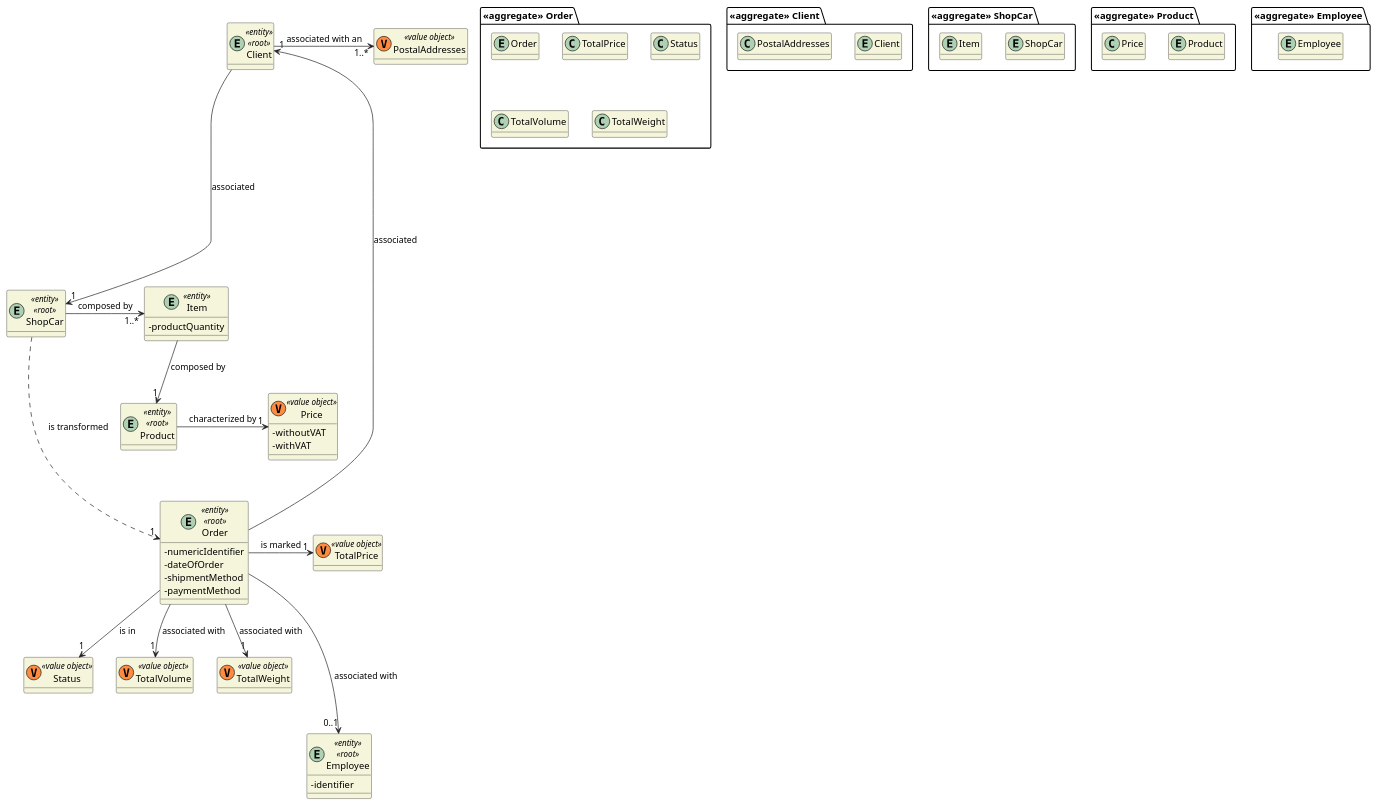
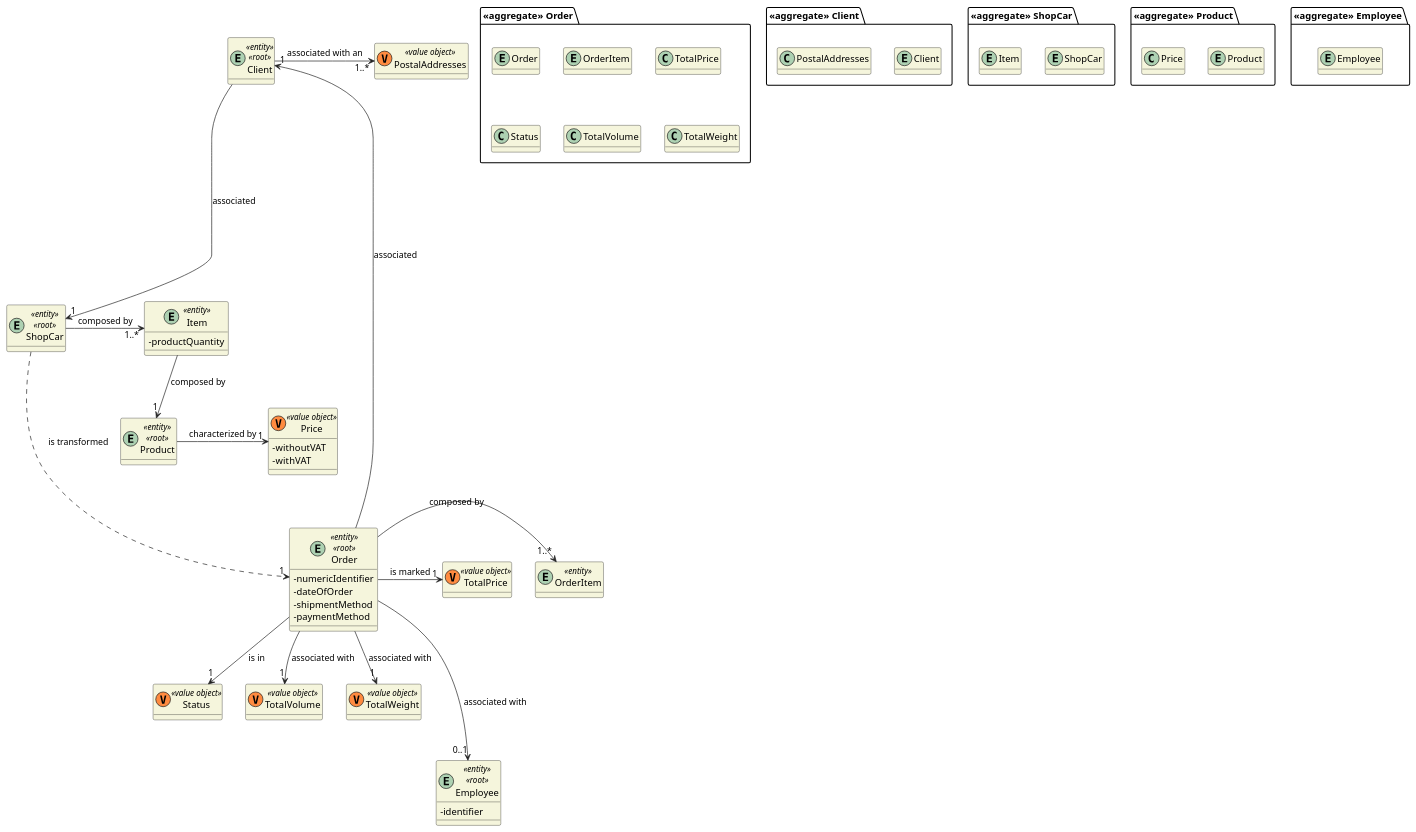
One commit to 0franciscor/lei21_22_s4_2de_01 changed the diagram in docs/DM/DM_Orders.puml. Above: the diagram before and after it, drawn with PlantUML. The commit also changed 4 other files, not shown here.

```diff
--- a/docs/DM/DM_Orders.puml
+++ b/docs/DM/DM_Orders.puml
@@ -1,92 +1,98 @@
 @startuml
 'https://plantuml.com/class-diagram
 
 skinparam classAttributeIconSize 0
 hide empty attributes
 skinparam classBackgroundColor beige
 skinparam ArrowColor #222222
 
 package "<<aggregate>> Order"{
     entity Order
+    entity OrderItem
     class TotalPrice
     class Status
     class TotalVolume
     class TotalWeight
 }
 
 entity Order <<entity>> <<root>> {
 - numericIdentifier
 - dateOfOrder
 - shipmentMethod
 - paymentMethod
+
+}
+
+entity OrderItem <<entity>> {
 
 }
 
 class TotalPrice <<(V,#FF8B40) value object>> {}
 class Status <<(V,#FF8B40) value object>> {}
 class TotalVolume <<(V,#FF8B40) value object>> {}
 class TotalWeight <<(V,#FF8B40) value object>> {}
 
 package "<<aggregate>> Client" {
     entity Client
     class PostalAddresses
 }
 
 entity Client <<entity>> <<root>> {
 
 }
 class PostalAddresses <<(V,#FF8B40) value object>> {}
 
 entity Client <<entity>> <<root>> {
 
 }
 package "<<aggregate>> ShopCar"{
     entity ShopCar
     entity Item
 }
 
 entity ShopCar <<entity>> <<root>>{
 
 }
 entity Item <<entity>> {
     -productQuantity
 
 }
 package "<<aggregate>> Product"{
      entity Product
      class Price
 
 }
 
 entity Product <<entity>> <<root>> {
 
 }
 
 class Price <<(V,#FF8B40) value object>> {
     - withoutVAT
     - withVAT
     }
 
 package "<<aggregate>> Employee" {
     entity Employee
 }
 
 entity Employee <<entity>> <<root>> {
     -identifier
 }
 
 Client -----> "1" ShopCar : associated
 Order ----> "1" Client : associated
 Client -> "1..*" PostalAddresses: associated with an
 ShopCar ...> "1" Order : is transformed
 Product -> "1" Price : characterized by
 Item --> "1" Product : composed by
 Order -> "1" TotalPrice : is marked
 ShopCar -> "1..*" Item : composed by
 Order ---> "0..1" Employee : associated with
 Order --> "1" Status : is in
 Order --> "1" TotalVolume : associated with
 Order --> "1" TotalWeight : associated with
+Order -> "1..*" OrderItem : composed by
 
 
 @enduml
```
